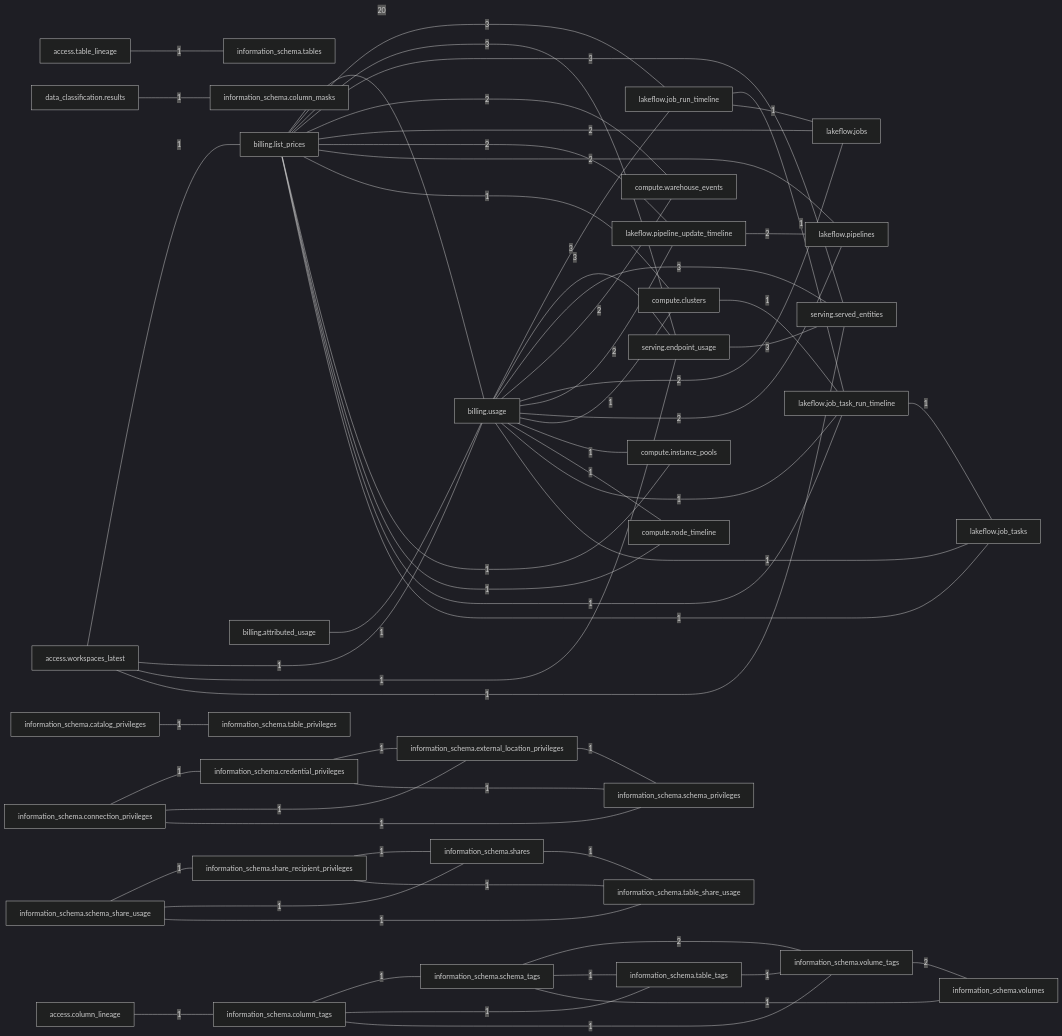
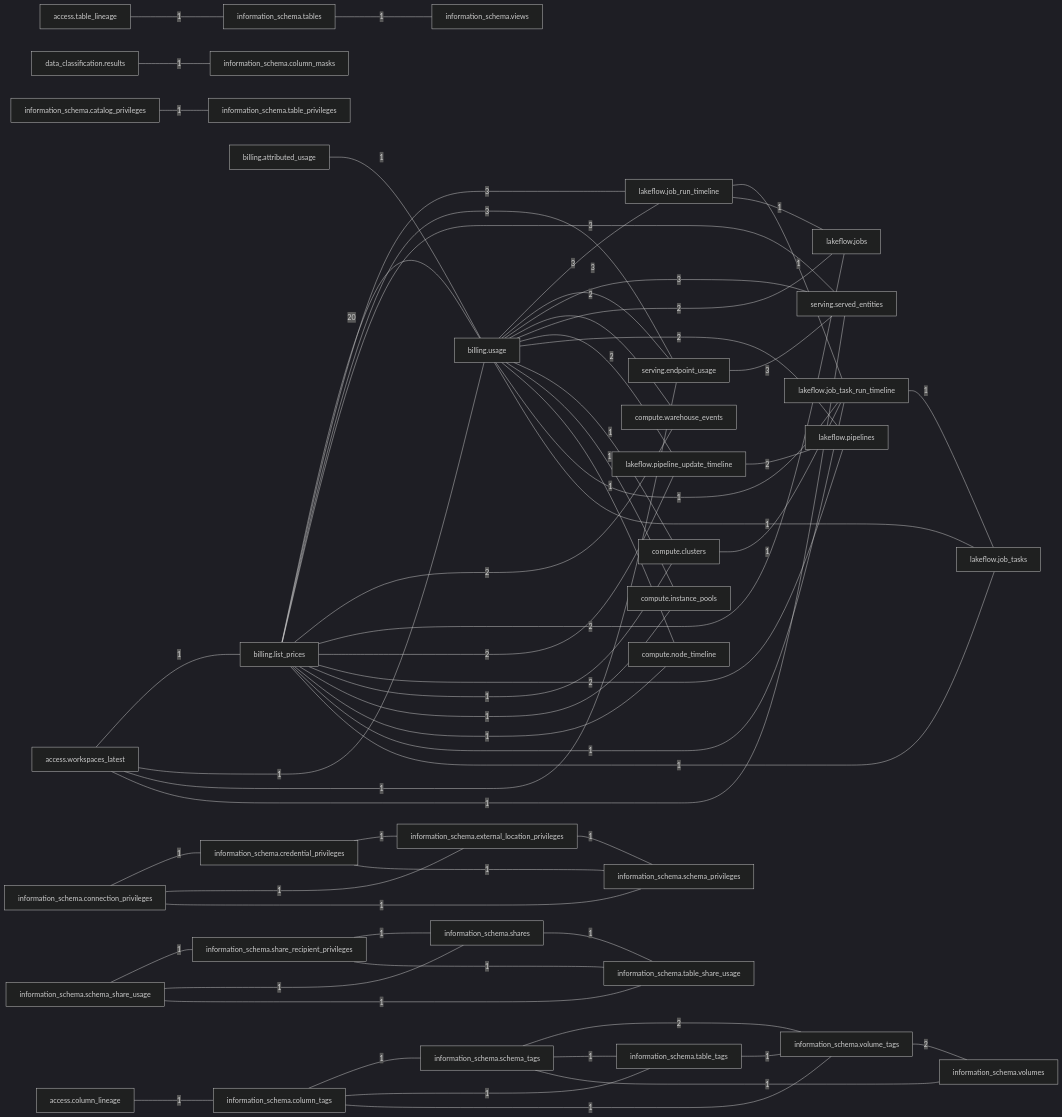
The eighth of 8 diagrams in lineage/query_lineage.md (darshanmeel/crosshire-audit-databricks-admin), drawn with Mermaid (dark theme) before and after one commit. The commit also changed other lines of this file and 7 other files, not shown here.

````diff
--- a/lineage/query_lineage.md
+++ b/lineage/query_lineage.md
@@ -297,63 +298,64 @@
 ```mermaid
 graph LR
   system_billing_list_prices["billing.list_prices"] --- |20| system_billing_usage["billing.usage"]
   system_billing_list_prices["billing.list_prices"] --- |3| system_lakeflow_job_run_timeline["lakeflow.job_run_timeline"]
   system_billing_list_prices["billing.list_prices"] --- |3| system_serving_endpoint_usage["serving.endpoint_usage"]
   system_billing_list_prices["billing.list_prices"] --- |3| system_serving_served_entities["serving.served_entities"]
   system_billing_usage["billing.usage"] --- |3| system_lakeflow_job_run_timeline["lakeflow.job_run_timeline"]
   system_billing_usage["billing.usage"] --- |3| system_serving_endpoint_usage["serving.endpoint_usage"]
   system_billing_usage["billing.usage"] --- |3| system_serving_served_entities["serving.served_entities"]
   system_serving_endpoint_usage["serving.endpoint_usage"] --- |3| system_serving_served_entities["serving.served_entities"]
   system_billing_list_prices["billing.list_prices"] --- |2| system_compute_warehouse_events["compute.warehouse_events"]
   system_billing_list_prices["billing.list_prices"] --- |2| system_lakeflow_jobs["lakeflow.jobs"]
   system_billing_list_prices["billing.list_prices"] --- |2| system_lakeflow_pipeline_update_timeline["lakeflow.pipeline_update_timeline"]
   system_billing_list_prices["billing.list_prices"] --- |2| system_lakeflow_pipelines["lakeflow.pipelines"]
   system_billing_usage["billing.usage"] --- |2| system_compute_warehouse_events["compute.warehouse_events"]
   system_billing_usage["billing.usage"] --- |2| system_lakeflow_jobs["lakeflow.jobs"]
   system_billing_usage["billing.usage"] --- |2| system_lakeflow_pipeline_update_timeline["lakeflow.pipeline_update_timeline"]
   system_billing_usage["billing.usage"] --- |2| system_lakeflow_pipelines["lakeflow.pipelines"]
   system_information_schema_schema_tags["information_schema.schema_tags"] --- |2| system_information_schema_volume_tags["information_schema.volume_tags"]
   system_information_schema_volume_tags["information_schema.volume_tags"] --- |2| system_information_schema_volumes["information_schema.volumes"]
   system_lakeflow_pipeline_update_timeline["lakeflow.pipeline_update_timeline"] --- |2| system_lakeflow_pipelines["lakeflow.pipelines"]
   system_access_column_lineage["access.column_lineage"] --- |1| system_information_schema_column_tags["information_schema.column_tags"]
   system_access_table_lineage["access.table_lineage"] --- |1| system_information_schema_tables["information_schema.tables"]
   system_access_workspaces_latest["access.workspaces_latest"] --- |1| system_billing_list_prices["billing.list_prices"]
   system_access_workspaces_latest["access.workspaces_latest"] --- |1| system_billing_usage["billing.usage"]
   system_access_workspaces_latest["access.workspaces_latest"] --- |1| system_serving_endpoint_usage["serving.endpoint_usage"]
   system_access_workspaces_latest["access.workspaces_latest"] --- |1| system_serving_served_entities["serving.served_entities"]
   system_billing_attributed_usage["billing.attributed_usage"] --- |1| system_billing_usage["billing.usage"]
   system_billing_list_prices["billing.list_prices"] --- |1| system_compute_clusters["compute.clusters"]
   system_billing_list_prices["billing.list_prices"] --- |1| system_compute_instance_pools["compute.instance_pools"]
   system_billing_list_prices["billing.list_prices"] --- |1| system_compute_node_timeline["compute.node_timeline"]
   system_billing_list_prices["billing.list_prices"] --- |1| system_lakeflow_job_task_run_timeline["lakeflow.job_task_run_timeline"]
   system_billing_list_prices["billing.list_prices"] --- |1| system_lakeflow_job_tasks["lakeflow.job_tasks"]
   system_billing_usage["billing.usage"] --- |1| system_compute_clusters["compute.clusters"]
   system_billing_usage["billing.usage"] --- |1| system_compute_instance_pools["compute.instance_pools"]
   system_billing_usage["billing.usage"] --- |1| system_compute_node_timeline["compute.node_timeline"]
   system_billing_usage["billing.usage"] --- |1| system_lakeflow_job_task_run_timeline["lakeflow.job_task_run_timeline"]
   system_billing_usage["billing.usage"] --- |1| system_lakeflow_job_tasks["lakeflow.job_tasks"]
   system_compute_clusters["compute.clusters"] --- |1| system_lakeflow_job_task_run_timeline["lakeflow.job_task_run_timeline"]
   system_data_classification_results["data_classification.results"] --- |1| system_information_schema_column_masks["information_schema.column_masks"]
   system_information_schema_catalog_privileges["information_schema.catalog_privileges"] --- |1| system_information_schema_table_privileges["information_schema.table_privileges"]
   system_information_schema_column_tags["information_schema.column_tags"] --- |1| system_information_schema_schema_tags["information_schema.schema_tags"]
   system_information_schema_column_tags["information_schema.column_tags"] --- |1| system_information_schema_table_tags["information_schema.table_tags"]
   system_information_schema_column_tags["information_schema.column_tags"] --- |1| system_information_schema_volume_tags["information_schema.volume_tags"]
   system_information_schema_connection_privileges["information_schema.connection_privileges"] --- |1| system_information_schema_credential_privileges["information_schema.credential_privileges"]
   system_information_schema_connection_privileges["information_schema.connection_privileges"] --- |1| system_information_schema_external_location_privileges["information_schema.external_location_privileges"]
   system_information_schema_connection_privileges["information_schema.connection_privileges"] --- |1| system_information_schema_schema_privileges["information_schema.schema_privileges"]
   system_information_schema_credential_privileges["information_schema.credential_privileges"] --- |1| system_information_schema_external_location_privileges["information_schema.external_location_privileges"]
   system_information_schema_credential_privileges["information_schema.credential_privileges"] --- |1| system_information_schema_schema_privileges["information_schema.schema_privileges"]
   system_information_schema_external_location_privileges["information_schema.external_location_privileges"] --- |1| system_information_schema_schema_privileges["information_schema.schema_privileges"]
   system_information_schema_schema_share_usage["information_schema.schema_share_usage"] --- |1| system_information_schema_share_recipient_privileges["information_schema.share_recipient_privileges"]
   system_information_schema_schema_share_usage["information_schema.schema_share_usage"] --- |1| system_information_schema_shares["information_schema.shares"]
   system_information_schema_schema_share_usage["information_schema.schema_share_usage"] --- |1| system_information_schema_table_share_usage["information_schema.table_share_usage"]
   system_information_schema_schema_tags["information_schema.schema_tags"] --- |1| system_information_schema_table_tags["information_schema.table_tags"]
   system_information_schema_schema_tags["information_schema.schema_tags"] --- |1| system_information_schema_volumes["information_schema.volumes"]
   system_information_schema_share_recipient_privileges["information_schema.share_recipient_privileges"] --- |1| system_information_schema_shares["information_schema.shares"]
   system_information_schema_share_recipient_privileges["information_schema.share_recipient_privileges"] --- |1| system_information_schema_table_share_usage["information_schema.table_share_usage"]
   system_information_schema_shares["information_schema.shares"] --- |1| system_information_schema_table_share_usage["information_schema.table_share_usage"]
   system_information_schema_table_tags["information_schema.table_tags"] --- |1| system_information_schema_volume_tags["information_schema.volume_tags"]
+  system_information_schema_tables["information_schema.tables"] --- |1| system_information_schema_views["information_schema.views"]
   system_lakeflow_job_run_timeline["lakeflow.job_run_timeline"] --- |1| system_lakeflow_job_task_run_timeline["lakeflow.job_task_run_timeline"]
   system_lakeflow_job_run_timeline["lakeflow.job_run_timeline"] --- |1| system_lakeflow_jobs["lakeflow.jobs"]
   system_lakeflow_job_task_run_timeline["lakeflow.job_task_run_timeline"] --- |1| system_lakeflow_job_tasks["lakeflow.job_tasks"]
 ```
````
